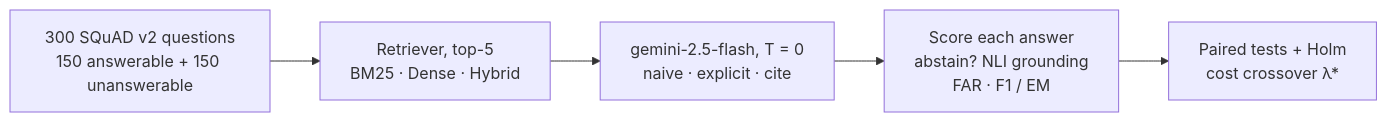
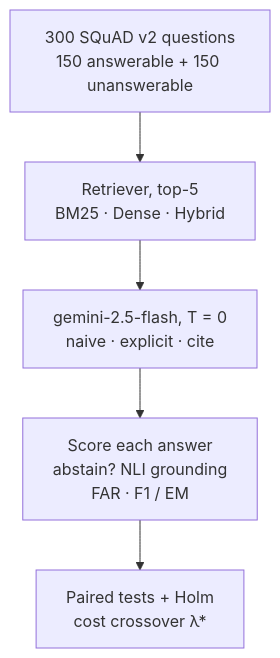
Before and after one commit to TJiewgnil/rag-cite-or-abstain: the diagram in README.md, drawn with Mermaid. The commit also changed 1 other file, not shown here.

Commit message:
Vertical pipeline diagram so GitHub's zoom controls do not cover it

````diff
--- a/README.md
+++ b/README.md
@@ -23,7 +23,7 @@
 ```mermaid
-flowchart LR
+flowchart TB
   Q["300 SQuAD v2 questions<br/>150 answerable + 150 unanswerable"] --> R["Retriever, top-5<br/>BM25 · Dense · Hybrid"]
   R --> G["gemini-2.5-flash, T = 0<br/>naive · explicit · cite"]
   G --> M["Score each answer<br/>abstain? NLI grounding<br/>FAR · F1 / EM"]
   M --> S["Paired tests + Holm<br/>cost crossover λ*"]
 ```
````
